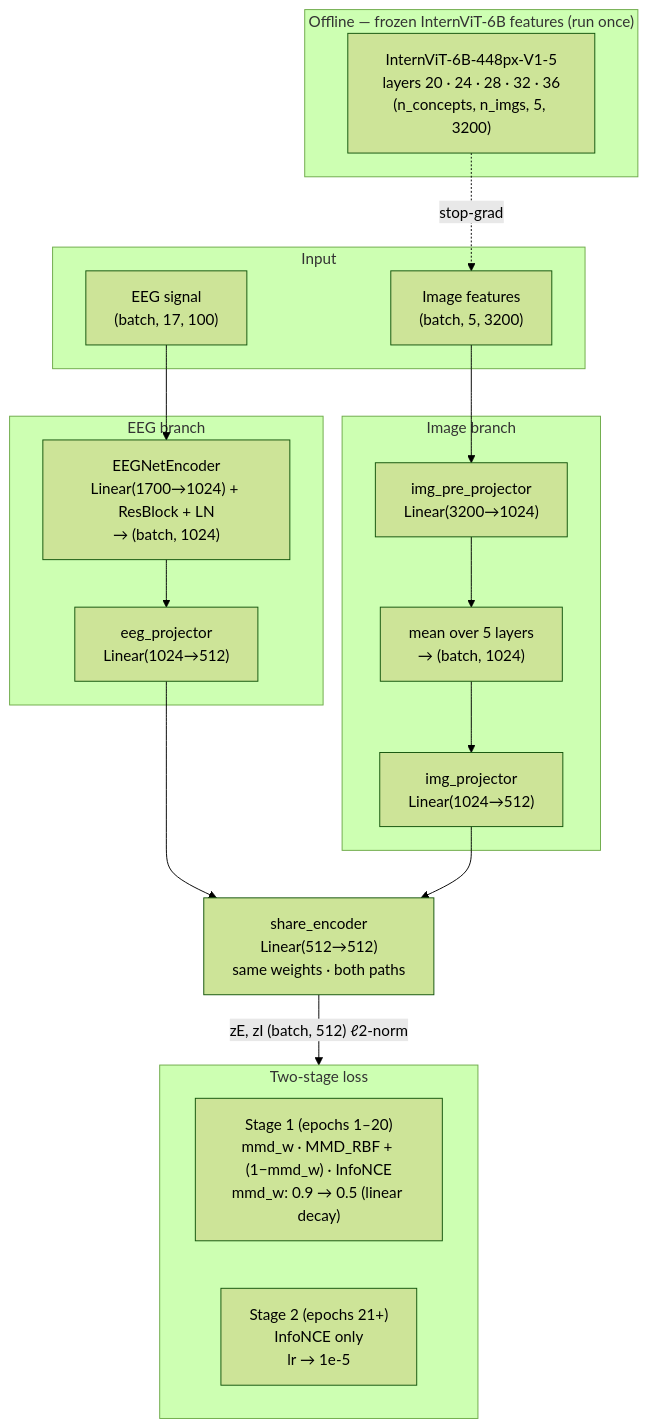
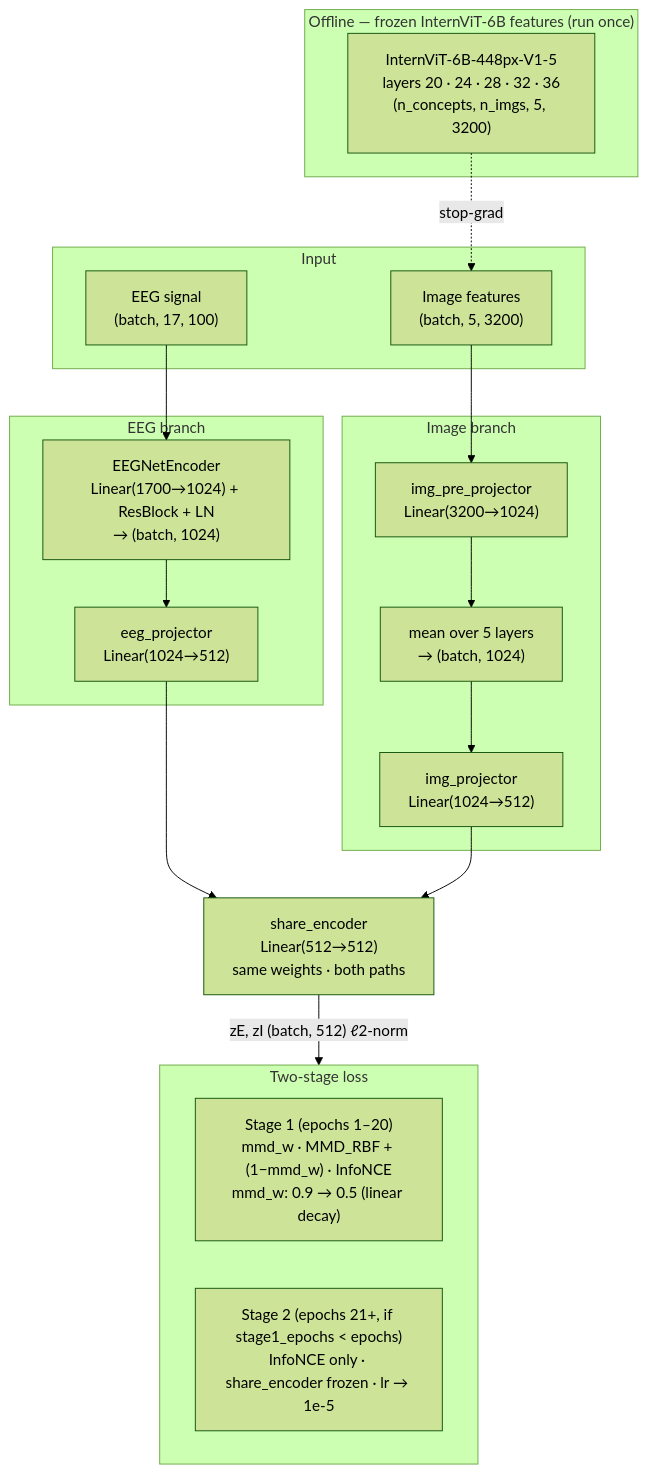
One commit to RTae/SUPA-EEG changed the first of 2 diagrams in README.md. Above: the diagram before and after it, drawn with Mermaid (forest theme). The commit also changed other lines of this file and 1 other file, not shown here.

````diff
--- a/README.md
+++ b/README.md
@@ -12,34 +12,34 @@
 ```mermaid
 flowchart TD
     subgraph OFFLINE["Offline — frozen InternViT-6B features (run once)"]
         IV["InternViT-6B-448px-V1-5\nlayers 20 · 24 · 28 · 32 · 36\n(n_concepts, n_imgs, 5, 3200)"]
     end
 
     subgraph INPUT["Input"]
         EEG["EEG signal\n(batch, 17, 100)"]
         IMG["Image features\n(batch, 5, 3200)"]
     end
 
     subgraph EEG_PATH["EEG branch"]
         EE["EEGNetEncoder\nLinear(1700→1024) + ResBlock + LN\n→ (batch, 1024)"]
         EP["eeg_projector\nLinear(1024→512)"]
     end
 
     subgraph IMG_PATH["Image branch"]
         IP1["img_pre_projector\nLinear(3200→1024)"]
         AVG["mean over 5 layers\n→ (batch, 1024)"]
         IP2["img_projector\nLinear(1024→512)"]
     end
 
     SE["share_encoder\nLinear(512→512)\nsame weights · both paths"]
 
     subgraph LOSS["Two-stage loss"]
         S1["Stage 1 (epochs 1–20)\nmmd_w · MMD_RBF + (1−mmd_w) · InfoNCE\nmmd_w: 0.9 → 0.5 (linear decay)"]
-        S2["Stage 2 (epochs 21+)\nInfoNCE only\nlr → 1e-5"]
+        S2["Stage 2 (epochs 21+, if stage1_epochs < epochs)\nInfoNCE only · share_encoder frozen · lr → 1e-5"]
     end
 
     EEG --> EE --> EP --> SE
     IMG --> IP1 --> AVG --> IP2 --> SE
     SE -->|"zE, zI  (batch, 512) ℓ2-norm"| LOSS
     IV -.->|stop-grad| IMG
 ```
````
